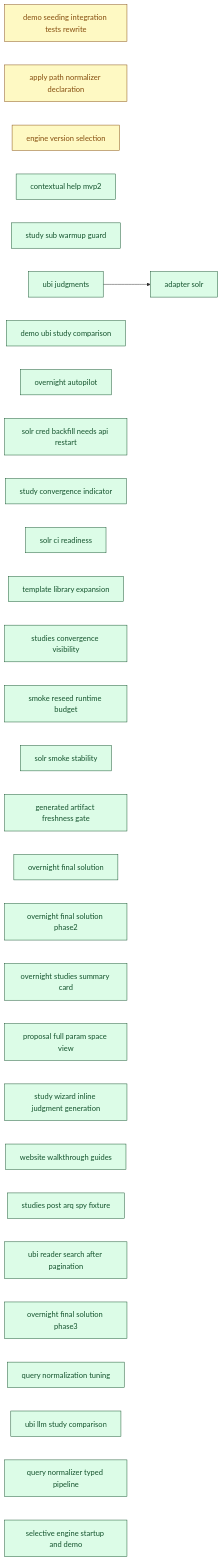
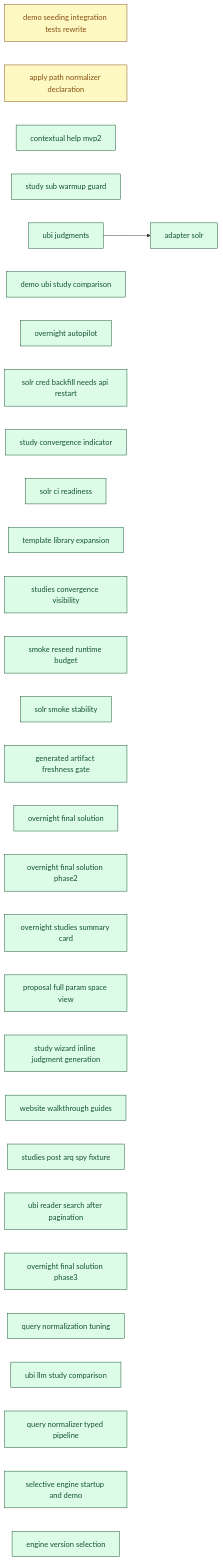
Before and after one commit to SoundMindsAI/relyloop: the diagram in docs/00_overview/MVP2_DASHBOARD.md, drawn with Mermaid. The commit also changed other lines of this file and 10 other files, not shown here.

First line of the commit message:
docs: finalize feat_engine_version_selection (PR #553) (#555)

````diff
--- a/docs/00_overview/MVP2_DASHBOARD.md
+++ b/docs/00_overview/MVP2_DASHBOARD.md
@@ -116,69 +116,69 @@
 ```mermaid
 graph LR
   classDef done fill:#dcfce7,stroke:#14532d,color:#14532d;
   classDef implement fill:#ffedd5,stroke:#9a3412,color:#9a3412;
   classDef plan fill:#fef9c3,stroke:#854d0e,color:#854d0e;
   classDef spec fill:#dbeafe,stroke:#1e40af,color:#1e40af;
   classDef idea fill:#f1f5f9,stroke:#334155,color:#334155;
   chore_demo_seeding_integration_tests_rewrite["demo seeding integration tests rewrite"]
   class chore_demo_seeding_integration_tests_rewrite plan;
   feat_apply_path_normalizer_declaration["apply path normalizer declaration"]
   class feat_apply_path_normalizer_declaration plan;
-  feat_engine_version_selection["engine version selection"]
-  class feat_engine_version_selection plan;
   feat_contextual_help_mvp2["contextual help mvp2"]
   class feat_contextual_help_mvp2 done;
   feat_study_sub_warmup_guard["study sub warmup guard"]
   class feat_study_sub_warmup_guard done;
   feat_ubi_judgments["ubi judgments"]
   class feat_ubi_judgments done;
   feat_demo_ubi_study_comparison["demo ubi study comparison"]
   class feat_demo_ubi_study_comparison done;
   feat_overnight_autopilot["overnight autopilot"]
   class feat_overnight_autopilot done;
   infra_adapter_solr["adapter solr"]
   class infra_adapter_solr done;
   chore_solr_cred_backfill_needs_api_restart["solr cred backfill needs api restart"]
   class chore_solr_cred_backfill_needs_api_restart done;
   feat_study_convergence_indicator["study convergence indicator"]
   class feat_study_convergence_indicator done;
   infra_solr_ci_readiness["solr ci readiness"]
   class infra_solr_ci_readiness done;
   chore_template_library_expansion["template library expansion"]
   class chore_template_library_expansion done;
   feat_studies_convergence_visibility["studies convergence visibility"]
   class feat_studies_convergence_visibility done;
   infra_smoke_reseed_runtime_budget["smoke reseed runtime budget"]
   class infra_smoke_reseed_runtime_budget done;
   infra_solr_smoke_stability["solr smoke stability"]
   class infra_solr_smoke_stability done;
   infra_generated_artifact_freshness_gate["generated artifact freshness gate"]
   class infra_generated_artifact_freshness_gate done;
   feat_overnight_final_solution["overnight final solution"]
   class feat_overnight_final_solution done;
   feat_overnight_final_solution_phase2["overnight final solution phase2"]
   class feat_overnight_final_solution_phase2 done;
   feat_overnight_studies_summary_card["overnight studies summary card"]
   class feat_overnight_studies_summary_card done;
   feat_proposal_full_param_space_view["proposal full param space view"]
   class feat_proposal_full_param_space_view done;
   feat_study_wizard_inline_judgment_generation["study wizard inline judgment generation"]
   class feat_study_wizard_inline_judgment_generation done;
   feat_website_walkthrough_guides["website walkthrough guides"]
   class feat_website_walkthrough_guides done;
   chore_studies_post_arq_spy_fixture["studies post arq spy fixture"]
   class chore_studies_post_arq_spy_fixture done;
   chore_ubi_reader_search_after_pagination["ubi reader search after pagination"]
   class chore_ubi_reader_search_after_pagination done;
   feat_overnight_final_solution_phase3["overnight final solution phase3"]
   class feat_overnight_final_solution_phase3 done;
   feat_query_normalization_tuning["query normalization tuning"]
   class feat_query_normalization_tuning done;
   feat_ubi_llm_study_comparison["ubi llm study comparison"]
   class feat_ubi_llm_study_comparison done;
   feat_query_normalizer_typed_pipeline["query normalizer typed pipeline"]
   class feat_query_normalizer_typed_pipeline done;
   feat_selective_engine_startup_and_demo["selective engine startup and demo"]
   class feat_selective_engine_startup_and_demo done;
+  feat_engine_version_selection["engine version selection"]
+  class feat_engine_version_selection done;
   feat_ubi_judgments --> infra_adapter_solr
 ```
````
